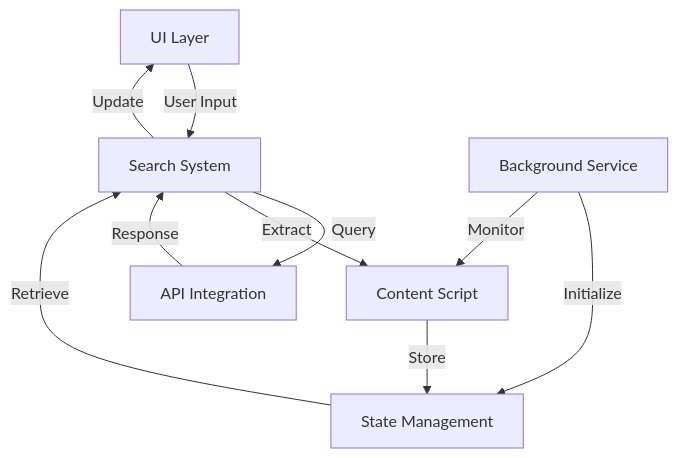
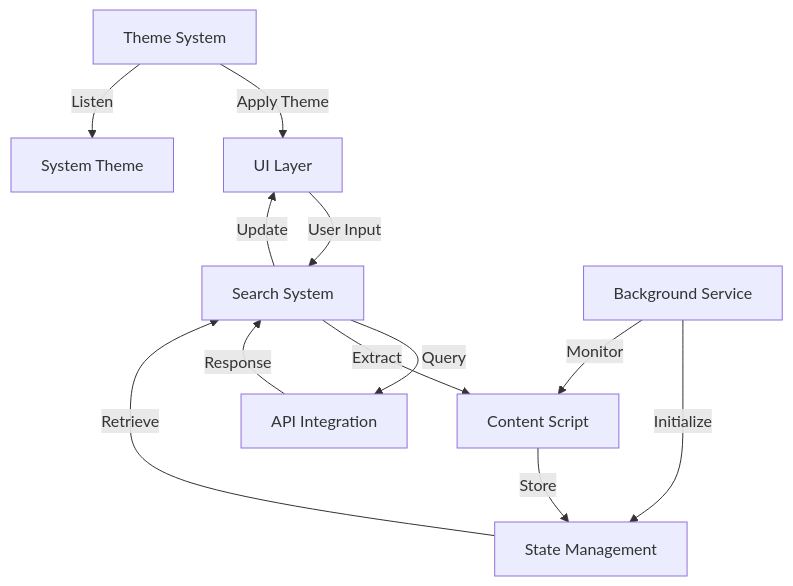
Before and after one commit to magellan-extension/magellan: the first of 2 diagrams in docs/ARCHITECTURE.md, drawn with Mermaid. The commit also changed other lines of this file and 5 other files, not shown here.

````diff
--- a/docs/ARCHITECTURE.md
+++ b/docs/ARCHITECTURE.md
@@ -41,12 +42,14 @@
 ```mermaid
 graph TD
     A[UI Layer] -->|User Input| B[Search System]
     B -->|Query| C[API Integration]
     B -->|Extract| D[Content Script]
     D -->|Store| E[State Management]
     E -->|Retrieve| B
     C -->|Response| B
     B -->|Update| A
     F[Background Service] -->|Initialize| E
     F -->|Monitor| D
+    G[Theme System] -->|Apply Theme| A
+    G -->|Listen| H[System Theme]
 ```
````
